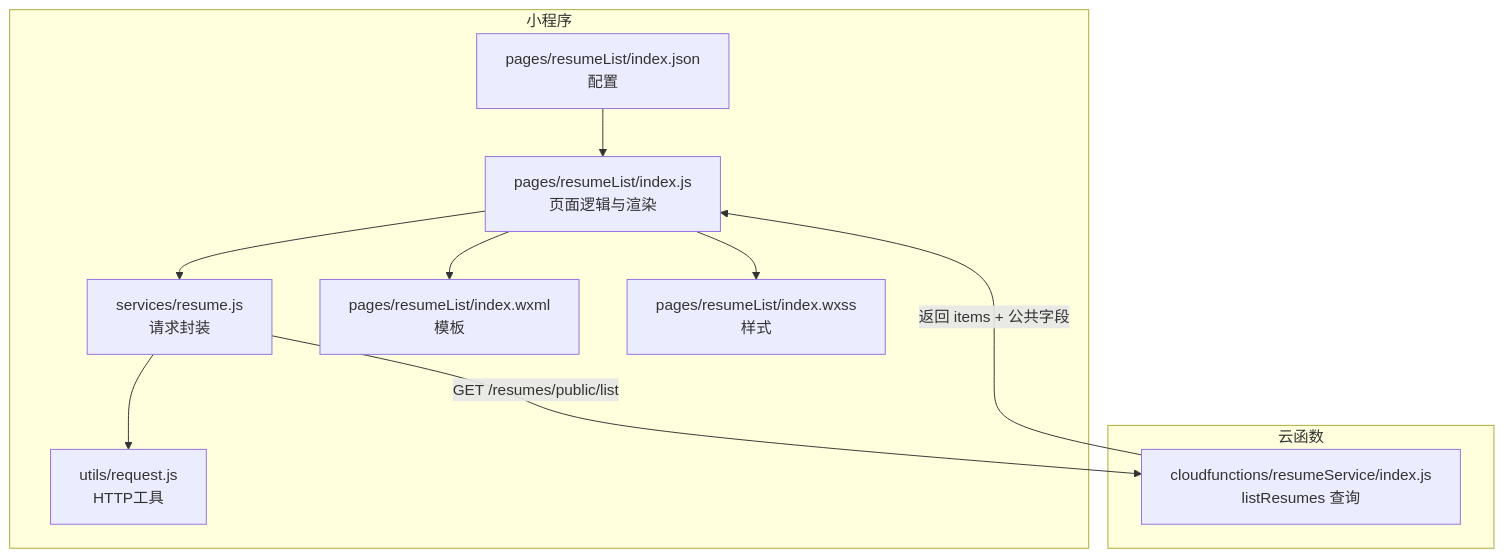
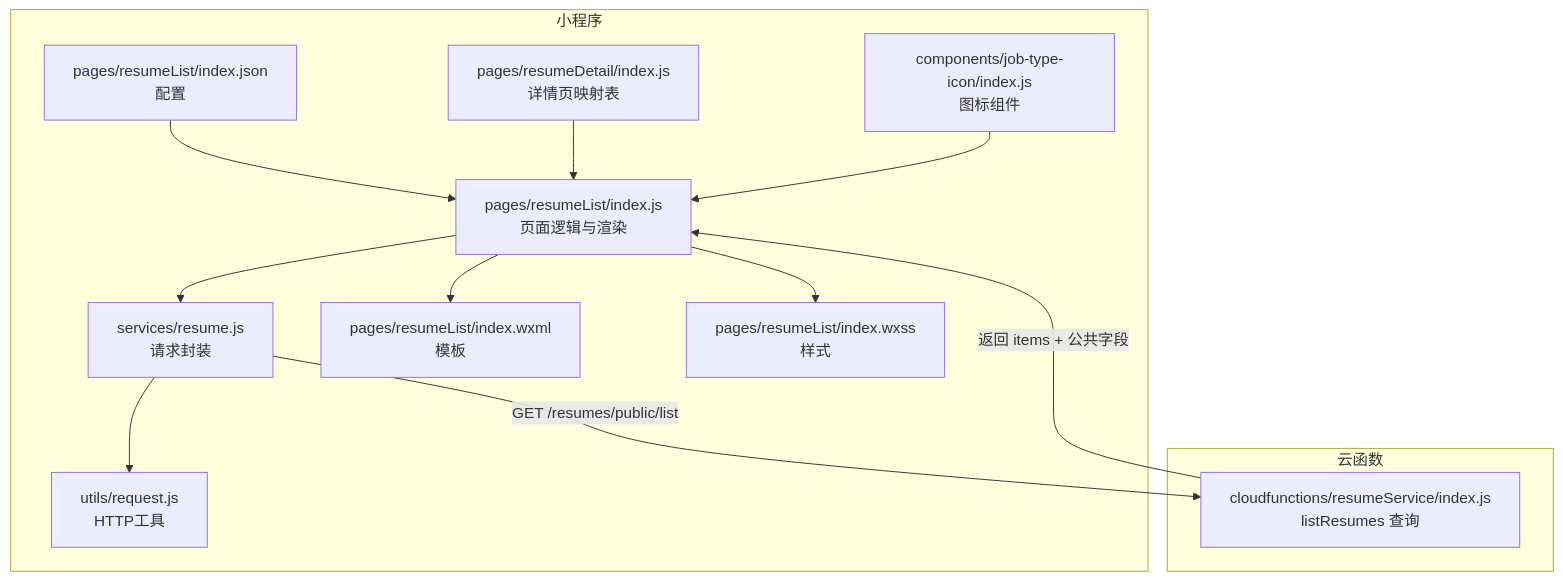
Before and after one commit to sunxuebo91/-: the first of 6 diagrams in .qoder/repowiki/zh/content/核心功能/简历系统/简历列表/简历列表.md, drawn with Mermaid. The commit also changed other lines of this file and 30 other files, not shown here.

First line of the commit message:
feat: add contract detail and order management pages

````diff
--- a/.qoder/repowiki/zh/content/核心功能/简历系统/简历列表/简历列表.md
+++ b/.qoder/repowiki/zh/content/核心功能/简历系统/简历列表/简历列表.md
@@ -35,21 +45,25 @@
 ```mermaid
 graph TB
 subgraph "小程序"
 A["pages/resumeList/index.js<br/>页面逻辑与渲染"]
 B["services/resume.js<br/>请求封装"]
 C["utils/request.js<br/>HTTP工具"]
 D["pages/resumeList/index.wxml<br/>模板"]
 E["pages/resumeList/index.wxss<br/>样式"]
 F["pages/resumeList/index.json<br/>配置"]
+G["pages/resumeDetail/index.js<br/>详情页映射表"]
+H["components/job-type-icon/index.js<br/>图标组件"]
 end
 subgraph "云函数"
-G["cloudfunctions/resumeService/index.js<br/>listResumes 查询"]
+I["cloudfunctions/resumeService/index.js<br/>listResumes 查询"]
 end
 A --> B
 B --> C
-B --> |"GET /resumes/public/list"| G
-G --> |"返回 items + 公共字段"| A
+B --> |"GET /resumes/public/list"| I
+I --> |"返回 items + 公共字段"| A
 A --> D
 A --> E
 F --> A
+G --> A
+H --> A
 ```
````
